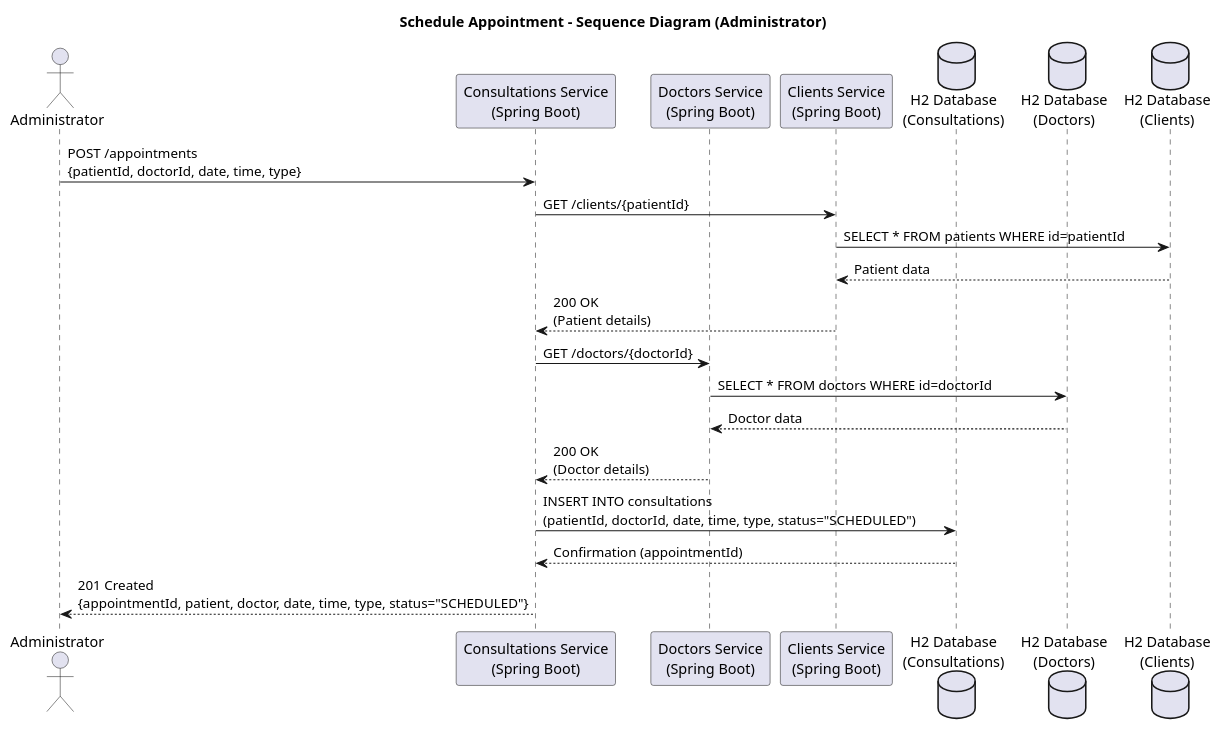
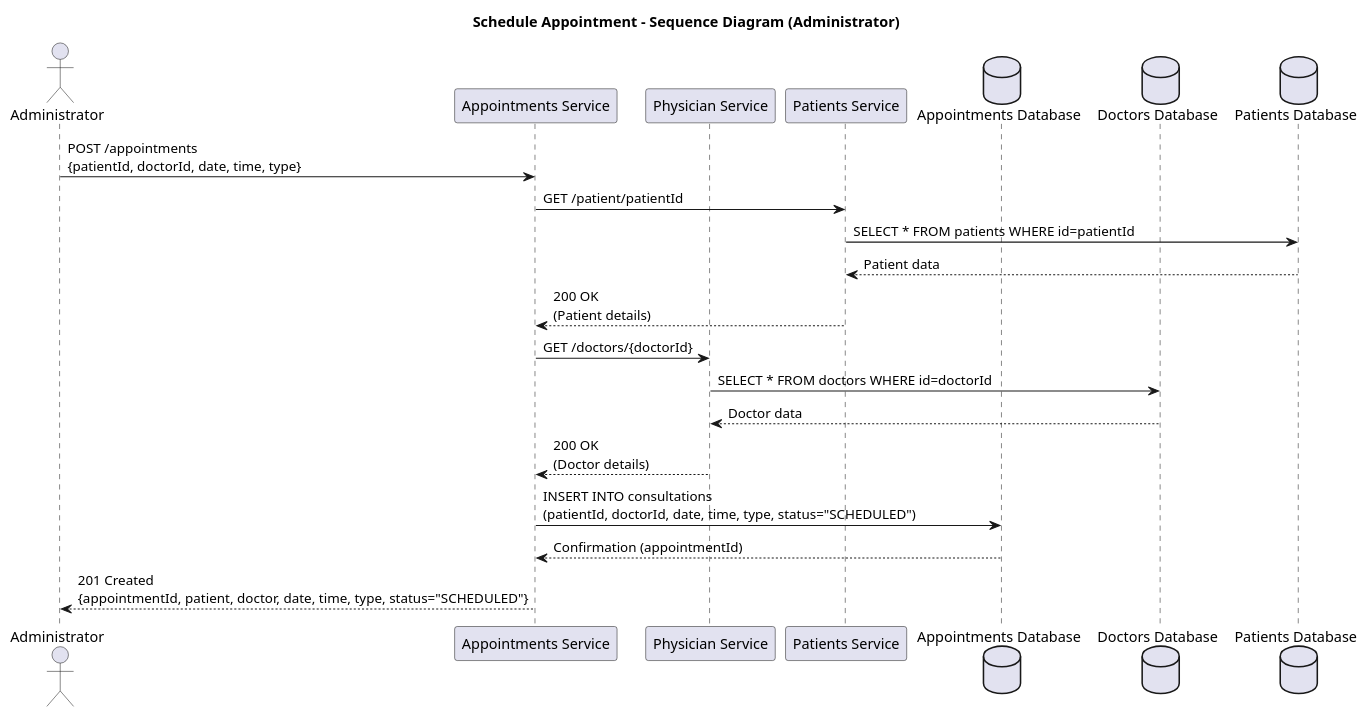
The diagram in docs/WP#3A/US-11.puml (1211104/PROJ_SIDIS2025), drawn with PlantUML before and after one commit. The commit also changed 6 other files, not shown here.

```diff
--- a/docs/WP#3A/US-11.puml
+++ b/docs/WP#3A/US-11.puml
@@ -1,30 +1,30 @@
 @startuml
 title Schedule Appointment - Sequence Diagram (Administrator)
 
 actor Administrator
 
-participant "Consultations Service\n(Spring Boot)" as Consultations
-participant "Doctors Service\n(Spring Boot)" as Doctors
-participant "Clients Service\n(Spring Boot)" as Clients
-database "H2 Database\n(Consultations)" as DB_Consultations
-database "H2 Database\n(Doctors)" as DB_Doctors
-database "H2 Database\n(Clients)" as DB_Clients
+participant "Appointments Service" as Appointments
+participant "Physician Service" as Doctors
+participant "Patients Service" as Patients
+database "Appointments Database" as DB_Consultations
+database "Doctors Database" as DB_Doctors
+database "Patients Database" as DB_Patients
 
-Administrator -> Consultations : POST /appointments\n{patientId, doctorId, date, time, type}
+Administrator -> Appointments : POST /appointments\n{patientId, doctorId, date, time, type}
 
-Consultations -> Clients : GET /clients/{patientId}
-Clients -> DB_Clients : SELECT * FROM patients WHERE id=patientId
-DB_Clients --> Clients : Patient data
-Clients --> Consultations : 200 OK\n(Patient details)
+Appointments -> Patients : GET /patient/patientId
+Patients -> DB_Patients : SELECT * FROM patients WHERE id=patientId
+DB_Patients --> Patients : Patient data
+Patients --> Appointments : 200 OK\n(Patient details)
 
-Consultations -> Doctors : GET /doctors/{doctorId}
+Appointments -> Doctors : GET /doctors/{doctorId}
 Doctors -> DB_Doctors : SELECT * FROM doctors WHERE id=doctorId
 DB_Doctors --> Doctors : Doctor data
-Doctors --> Consultations : 200 OK\n(Doctor details)
+Doctors --> Appointments : 200 OK\n(Doctor details)
 
-Consultations -> DB_Consultations : INSERT INTO consultations\n(patientId, doctorId, date, time, type, status="SCHEDULED")
-DB_Consultations --> Consultations : Confirmation (appointmentId)
+Appointments -> DB_Consultations : INSERT INTO consultations\n(patientId, doctorId, date, time, type, status="SCHEDULED")
+DB_Consultations --> Appointments : Confirmation (appointmentId)
 
-Consultations --> Administrator : 201 Created\n{appointmentId, patient, doctor, date, time, type, status="SCHEDULED"}
+Appointments --> Administrator : 201 Created\n{appointmentId, patient, doctor, date, time, type, status="SCHEDULED"}
 
 @enduml
```
